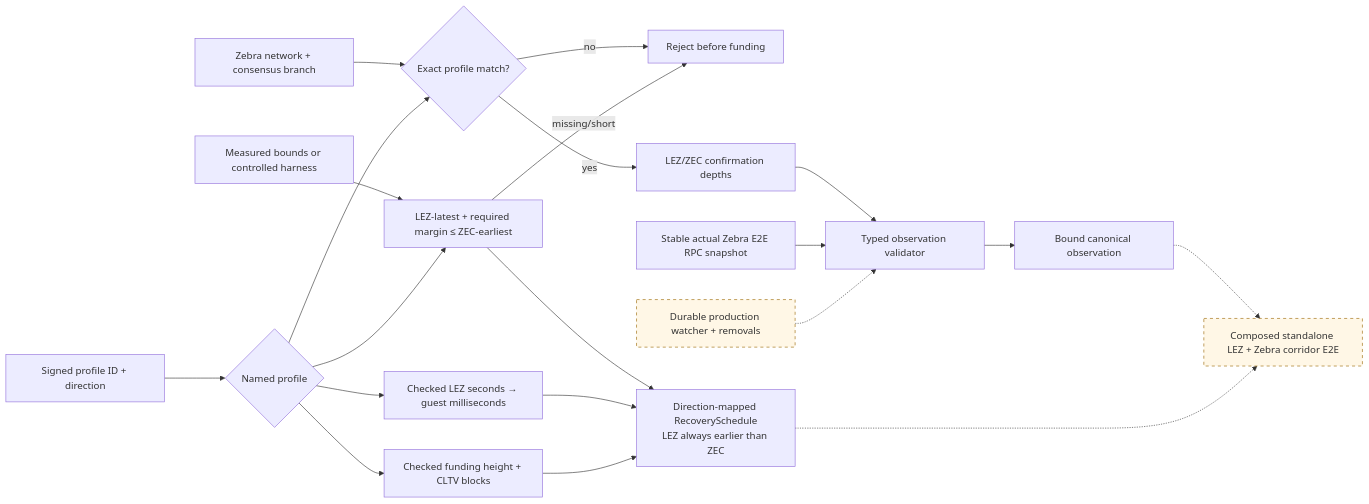
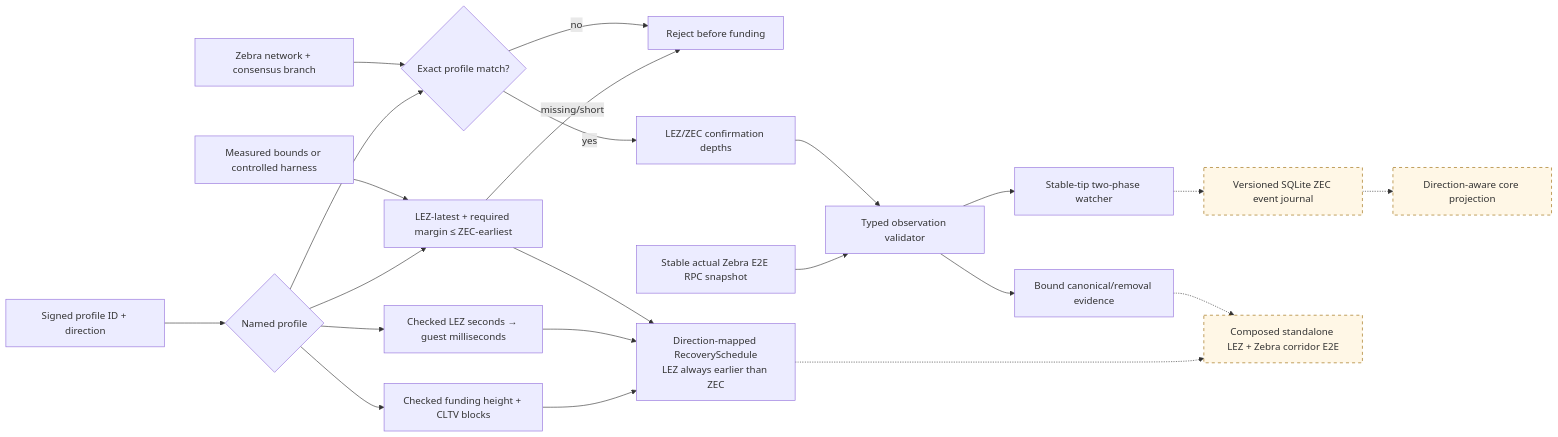
Before and after one commit to gateway-fm/lez-atomic-swaps: the sixth of 9 diagrams in docs/architecture/system-architecture.md, drawn with Mermaid. The commit also changed other lines of this file and 10 other files, not shown here.

````diff
--- a/docs/architecture/system-architecture.md
+++ b/docs/architecture/system-architecture.md
@@ -273,25 +273,27 @@
 ```mermaid
 flowchart LR
     Terms["Signed profile ID + direction"] --> Select{"Named profile"}
     Node["Zebra network + consensus branch"] --> Validate{"Exact profile match?"}
     Select --> Validate
     Validate -->|"no"| Reject["Reject before funding"]
     Validate -->|"yes"| Depths["LEZ/ZEC confirmation depths"]
     Select --> LezDeadline["Checked LEZ seconds → guest milliseconds"]
     Select --> ZecDeadline["Checked funding height + CLTV blocks"]
     Telemetry["Measured bounds or controlled harness"] --> Safety["LEZ-latest + required margin ≤ ZEC-earliest"]
     Select --> Safety
     Safety -->|"missing/short"| Reject
     Safety --> Schedule["Direction-mapped RecoverySchedule<br/>LEZ always earlier than ZEC"]
     Depths --> Validator["Typed observation validator"]
     ZebraE2E["Stable actual Zebra E2E RPC snapshot"] --> Validator
-    Watcher["Durable production watcher + removals"] -.-> Validator
-    Validator --> Observe["Bound canonical observation"]
+    Validator --> Watcher["Stable-tip two-phase watcher"]
+    Watcher -.-> Journal["Versioned SQLite ZEC event journal"]
+    Journal -.-> Projection["Direction-aware core projection"]
+    Validator --> Observe["Bound canonical/removal evidence"]
     LezDeadline --> Schedule
     ZecDeadline --> Schedule
     Observe -.-> Composed["Composed standalone LEZ + Zebra corridor E2E"]
     Schedule -.-> Composed
 
     classDef planned stroke-dasharray: 5 5,fill:#fff7e6,stroke:#9a6700;
-    class Watcher,Composed planned;
+    class Journal,Projection,Composed planned;
 ```
````
